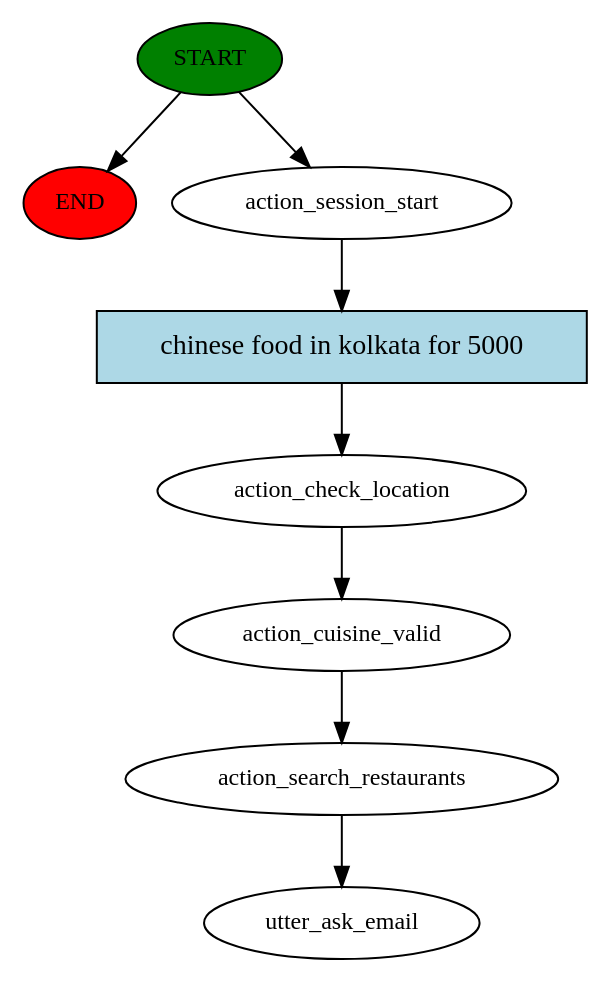
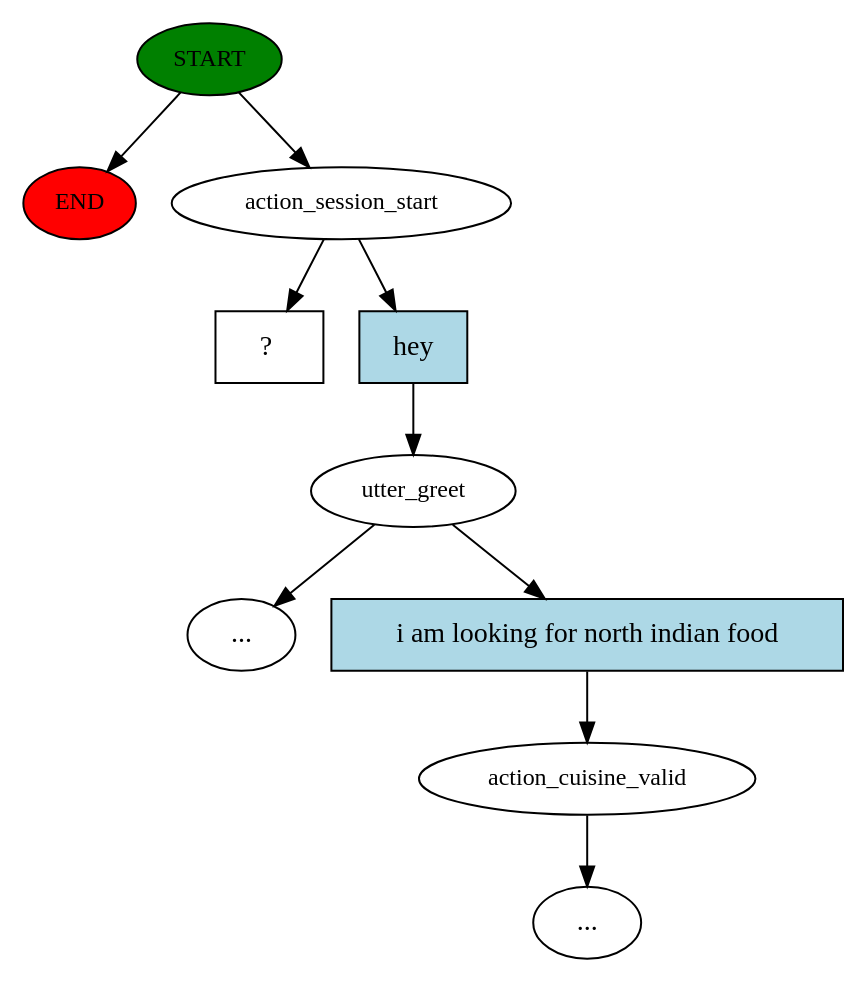
One commit to amitbcp/machine_learning_problems changed the diagram in chat_bot/story_graph.dot. Above: the diagram before and after it, drawn with Graphviz. The commit also changed 3 other files, not shown here.

```diff
--- a/chat_bot/story_graph.dot
+++ b/chat_bot/story_graph.dot
@@ -1,17 +1,21 @@
 digraph  {
 0 [class="start active", fillcolor=green, fontsize=12, label=START, style=filled];
 "-1" [class=end, fillcolor=red, fontsize=12, label=END, style=filled];
 1 [class=active, fontsize=12, label=action_session_start];
-2 [class=active, fontsize=12, label=action_check_location];
-3 [class=active, fontsize=12, label=action_cuisine_valid];
-4 [class=active, fontsize=12, label=action_search_restaurants];
-5 [class="dashed active", fontsize=12, label=utter_ask_email];
-6 [class="intent active", fillcolor=lightblue, label="chinese food in kolkata for 5000", shape=rect, style=filled];
+2 [class="", fontsize=12, label=utter_greet];
+"-3" [class=ellipsis, label="..."];
+5 [class="", fontsize=12, label=action_cuisine_valid];
+"-4" [class=ellipsis, label="..."];
+7 [class="intent dashed active", label="  ?  ", shape=rect];
+8 [class=intent, fillcolor=lightblue, label=hey, shape=rect, style=filled];
+9 [class=intent, fillcolor=lightblue, label="i am looking for north indian food", shape=rect, style=filled];
 0 -> "-1"  [class="", key=NONE, label=""];
 0 -> 1  [class=active, key=NONE, label=""];
-1 -> 6  [class=active, key=0];
-2 -> 3  [class=active, key=NONE, label=""];
-3 -> 4  [class=active, key=NONE, label=""];
-4 -> 5  [class=active, key=NONE, label=""];
-6 -> 2  [class=active, key=0];
+1 -> 7  [class=active, key=NONE, label=""];
+1 -> 8  [class="", key=0];
+2 -> "-3"  [class="", key=NONE, label=""];
+2 -> 9  [class="", key=0];
+5 -> "-4"  [class="", key=NONE, label=""];
+8 -> 2  [class="", key=0];
+9 -> 5  [class="", key=0];
 }
```
